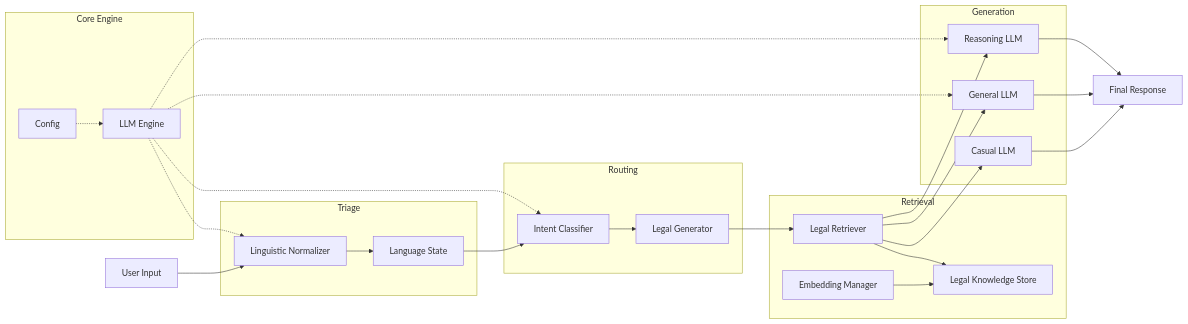
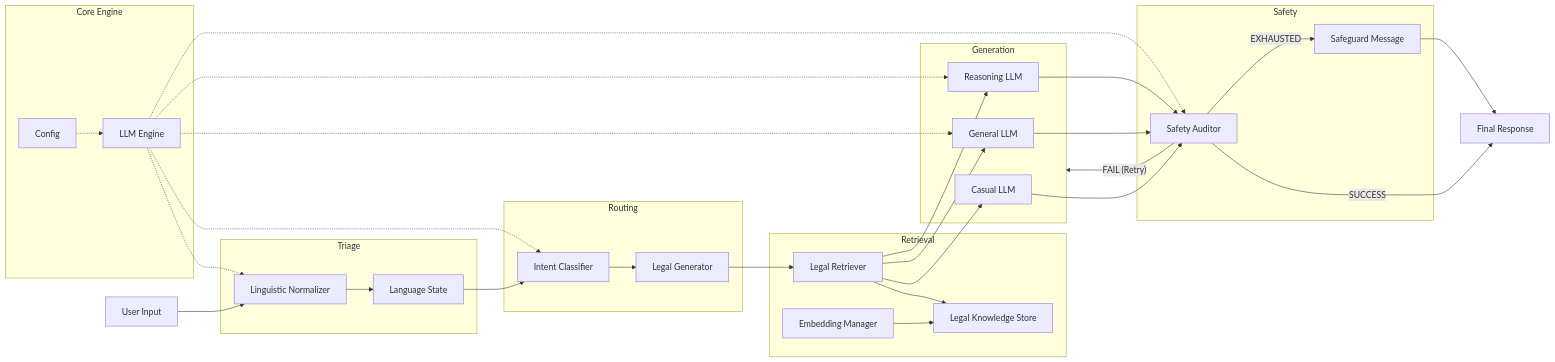
One commit to SLU-404FoundUs/Legal-Adaptive-Routing-Framework changed the diagram in docs/documentation.md. Above: the diagram before and after it, drawn with Mermaid. The commit also changed other lines of this file and 19 other files, not shown here.

````diff
--- a/docs/documentation.md
+++ b/docs/documentation.md
@@ -23,60 +24,71 @@
 ```mermaid
 flowchart LR
     %% ===== INPUT =====
     User["User Input"]
 
     %% ===== TRIAGE =====
     subgraph Triage
         LN["Linguistic Normalizer"]
         LD["Language State"]
         LN --> LD
     end
 
     %% ===== ROUTER =====
     subgraph Routing
         RC["Intent Classifier"]
         LG["Legal Generator"]
         RC --> LG
     end
 
     %% ===== RETRIEVAL =====
     subgraph Retrieval
         LR["Legal Retriever"]
         EM["Embedding Manager"]
         STORE["Legal Knowledge Store"]
         EM --> STORE
         LR --> STORE
     end
 
     %% ===== GENERATION =====
     subgraph Generation
         CASUAL["Casual LLM"]
         GEN["General LLM"]
         REAS["Reasoning LLM"]
     end
 
+    %% ===== SAFETY =====
+    subgraph Safety
+        SA["Safety Auditor"]
+        SG["Safeguard Message"]
+    end
+
     %% ===== CORE =====
     subgraph Core Engine
         ENGINE["LLM Engine"]
         CONFIG["Config"]
     end
 
     %% ===== FLOW =====
     User --> LN
     LD --> RC
     LG --> LR
     LR --> CASUAL
     LR --> GEN
     LR --> REAS
 
-    CASUAL --> Response["Final Response"]
-    GEN --> Response
-    REAS --> Response
+    CASUAL --> SA
+    GEN --> SA
+    REAS --> SA
+
+    SA -- "FAIL (Retry)" --> Generation
+    SA -- "SUCCESS" --> Response["Final Response"]
+    SA -- "EXHAUSTED" --> SG --> Response
 
     %% ===== CONTROL FLOW =====
     ENGINE -.-> LN
     ENGINE -.-> RC
     ENGINE -.-> GEN
     ENGINE -.-> REAS
+    ENGINE -.-> SA
     CONFIG -.-> ENGINE
 ```
````
